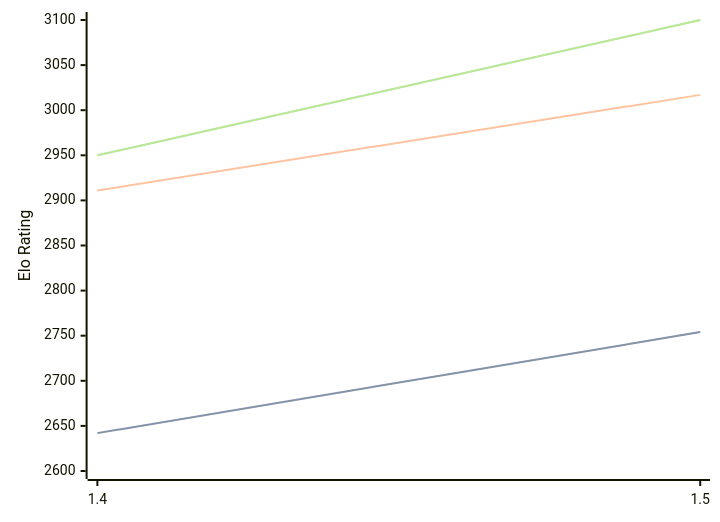
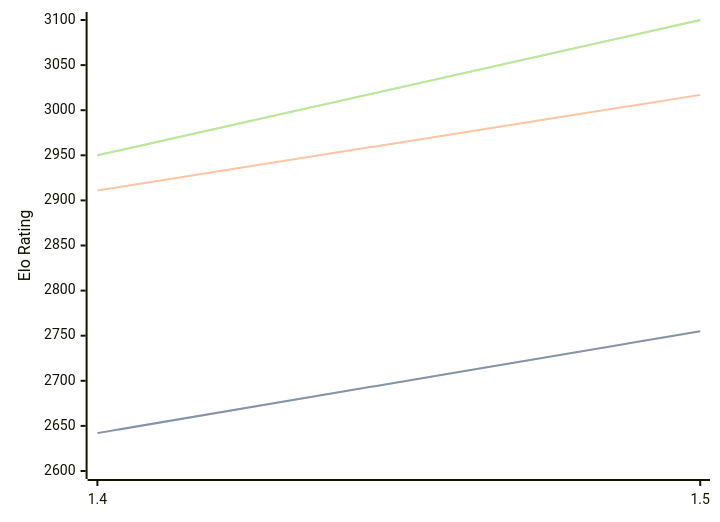
The diagram in engines/Yakka.md (computer-chess-index/cci), drawn with Mermaid before and after one commit. The commit also changed other lines of this file, not shown here.

````diff
--- a/engines/Yakka.md
+++ b/engines/Yakka.md
@@ -32,11 +32,11 @@
 ```mermaid
 %%{init: {"theme":"base","themeVariables":{"seriesColors:['#a3a3a3','#222221','#faa371']}}}%%
 xychart-beta
   x-axis ["1.4", "1.5"]
   y-axis "Elo Rating" 2600 --> 3100
-  line "STC (8.0+0.08s)" [2642, 2754]
-  line "STC (8.0+0.08s)" [2642, 2754]
+  line "STC (8.0+0.08s)" [2642, 2755]
+  line "STC (8.0+0.08s)" [2642, 2755]
   line "LTC (60.0+0.60s)" [2911, 3017]
   line "VLTC (2m24s+1.12s)" [2950, 3100]
   line "VLTC (2m24s+1.12s)" [2950, 3100]
 ```
````
